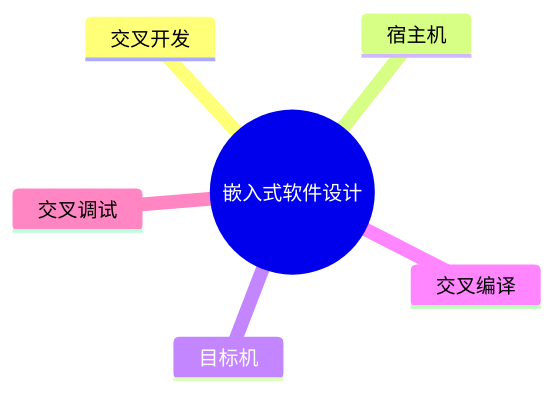
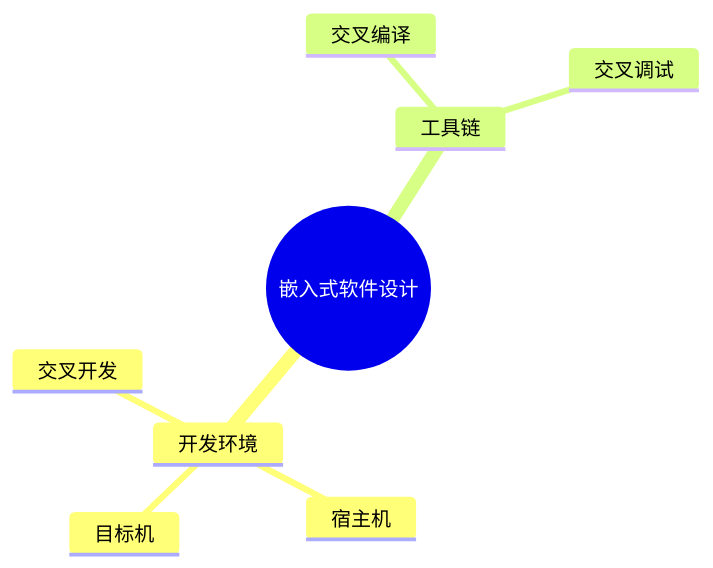
One commit to skylonely/sgao-website changed the first of 3 diagrams in docs/ruankao/system-architect/chapters/chapter-04/08-embedded-software-design.md. Above: the diagram before and after it, drawn with Mermaid. The commit also changed other lines of this file and 39 other files, not shown here.

Commit message:
fix: Mermaid 思维导图

````diff
--- a/docs/ruankao/system-architect/chapters/chapter-04/08-embedded-software-design.md
+++ b/docs/ruankao/system-architect/chapters/chapter-04/08-embedded-software-design.md
@@ -34,9 +34,11 @@
 ```mermaid
 mindmap
   root((嵌入式软件设计))
-    交叉开发
-    宿主机
-    目标机
-    交叉编译
-    交叉调试
+    开发环境
+      交叉开发
+      宿主机
+      目标机
+    工具链
+      交叉编译
+      交叉调试
 ```
````
